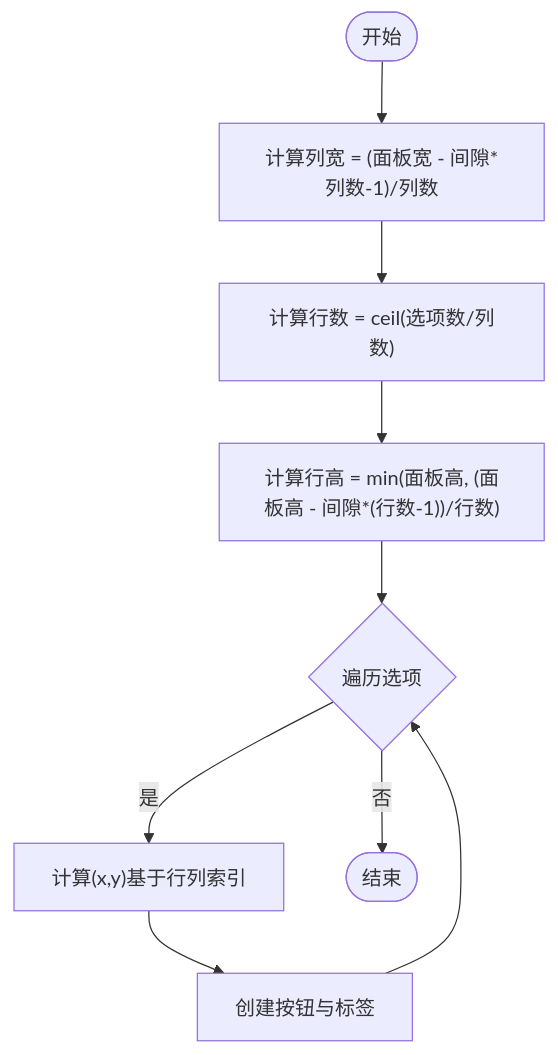
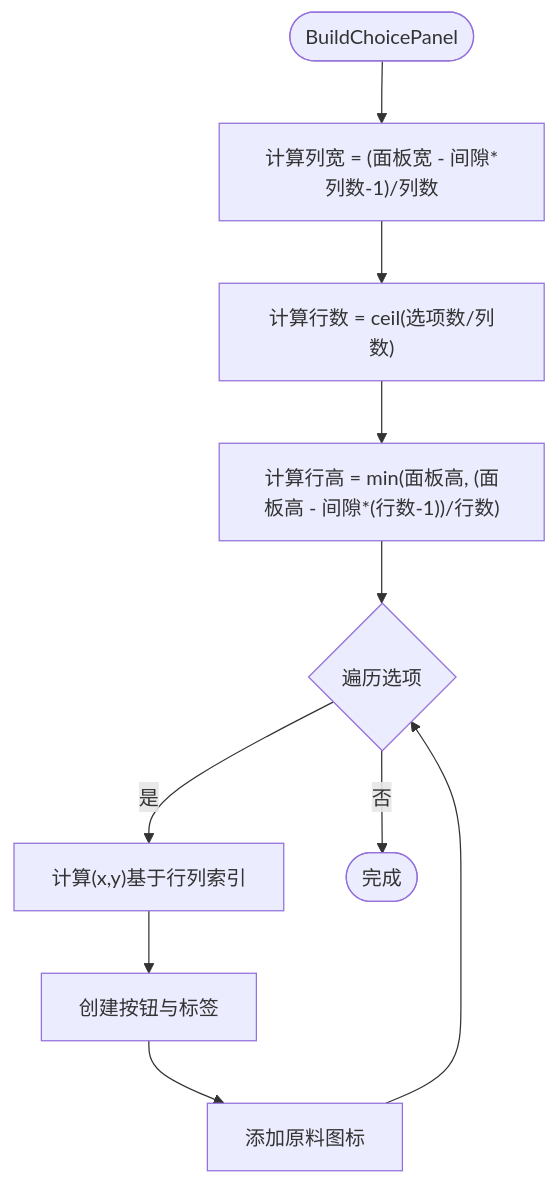
Before and after one commit to Thanatos42/-demo: the fifth of 6 diagrams in .qoder/repowiki/zh/content/UI架构设计.md, drawn with Mermaid. The commit also changed other lines of this file and 16 other files, not shown here.

````diff
--- a/.qoder/repowiki/zh/content/UI架构设计.md
+++ b/.qoder/repowiki/zh/content/UI架构设计.md
@@ -122,11 +172,12 @@
 ```mermaid
 flowchart TD
-Start(["开始"]) --> Calc["计算列宽 = (面板宽 - 间隙*列数-1)/列数"]
-Calc --> Rows["计算行数 = ceil(选项数/列数)"]
-Rows --> Height["计算行高 = min(面板高, (面板高 - 间隙*(行数-1))/行数)"]
-Height --> Loop{"遍历选项"}
+Start(["BuildChoicePanel"]) --> CalcWidth["计算列宽 = (面板宽 - 间隙*列数-1)/列数"]
+CalcWidth --> CalcRows["计算行数 = ceil(选项数/列数)"]
+CalcRows --> CalcHeight["计算行高 = min(面板高, (面板高 - 间隙*(行数-1))/行数)"]
+CalcHeight --> Loop{"遍历选项"}
 Loop --> |是| Pos["计算(x,y)基于行列索引"]
-Pos --> Create["创建按钮与标签"]
-Create --> Loop
-Loop --> |否| End(["结束"])
+Pos --> CreateBtn["创建按钮与标签"]
+CreateBtn --> AddIcon["添加原料图标"]
+AddIcon --> Loop
+Loop --> |否| End(["完成"])
 ```
````
